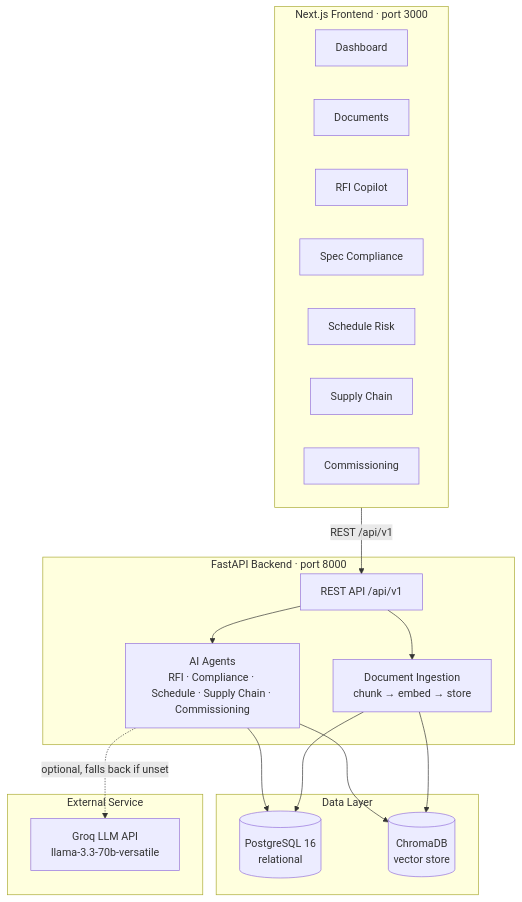
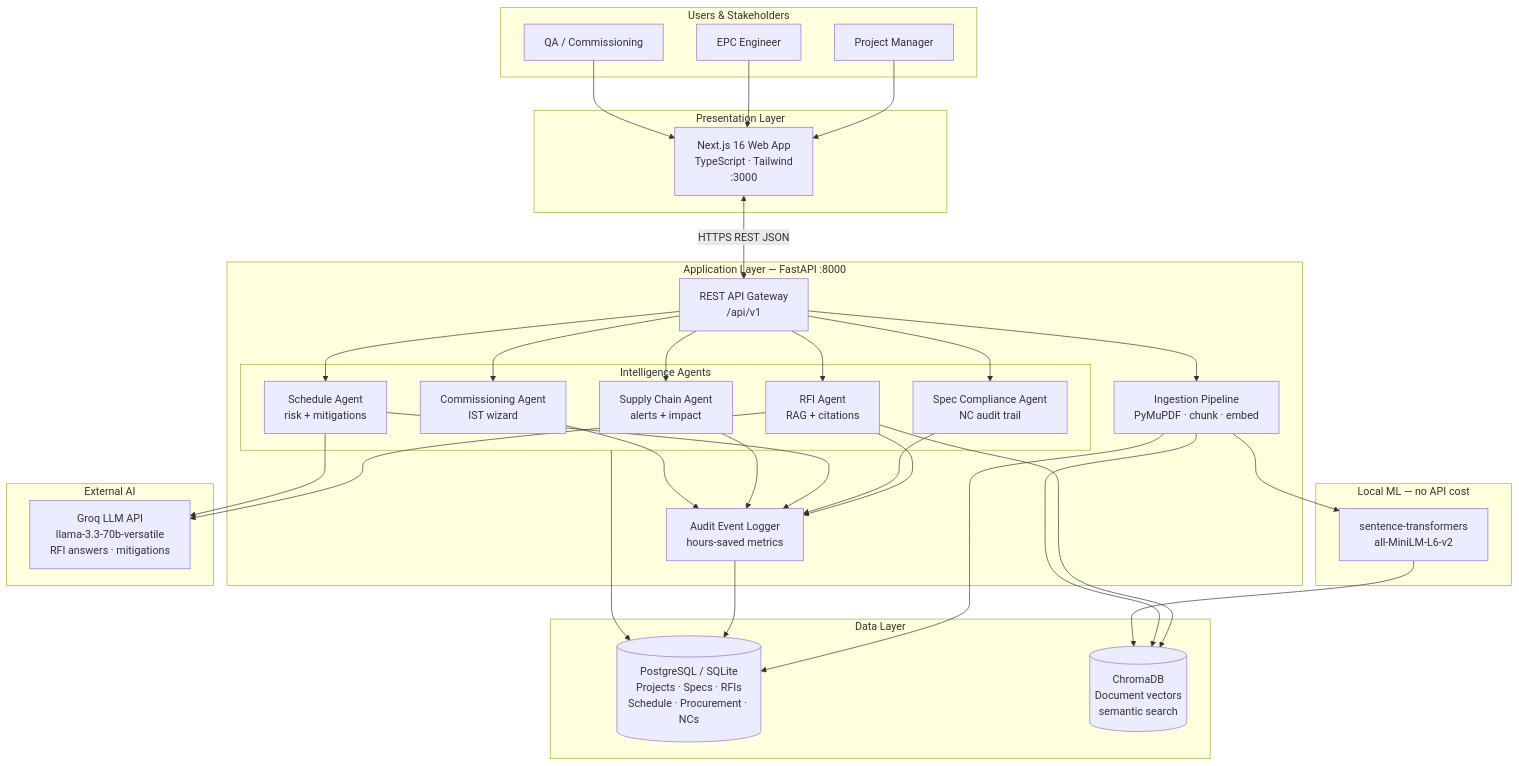
The diagram in README.md (Harsh63870/epc-intelligence-platform), drawn with Mermaid before and after one commit.

Commit message:
Revise architecture diagram in README
Updated architecture diagram in README to reflect new components and relationships.

````diff
--- a/README.md
+++ b/README.md
@@ -50,36 +49,51 @@
 ```mermaid
 flowchart TB
-    subgraph Frontend["Next.js Frontend · port 3000"]
-        Dashboard
-        Documents
-        RFI["RFI Copilot"]
-        Compliance["Spec Compliance"]
-        Schedule["Schedule Risk"]
-        Supply["Supply Chain"]
-        Comm["Commissioning"]
+    subgraph Users["Users & Stakeholders"]
+        PM["Project Manager"]
+        ENG["EPC Engineer"]
+        QA["QA / Commissioning"]
     end
 
-    subgraph Backend["FastAPI Backend · port 8000"]
-        API["REST API /api/v1"]
-        Agents["AI Agents\nRFI · Compliance · Schedule · Supply Chain · Commissioning"]
-        Ingestion["Document Ingestion\nchunk → embed → store"]
+    subgraph Client["Presentation Layer"]
+        WEB["Next.js 16 Web App<br/>TypeScript · Tailwind<br/>:3000"]
     end
 
-    subgraph Storage["Data Layer"]
-        PG[("PostgreSQL 16\nrelational")]
-        Chroma[("ChromaDB\nvector store")]
+    subgraph API["Application Layer — FastAPI :8000"]
+        GW["REST API Gateway<br/>/api/v1"]
+        subgraph Agents["Intelligence Agents"]
+            RFI["RFI Agent<br/>RAG + citations"]
+            SPEC["Spec Compliance Agent<br/>NC audit trail"]
+            SCH["Schedule Agent<br/>risk + mitigations"]
+            SUP["Supply Chain Agent<br/>alerts + impact"]
+            COM["Commissioning Agent<br/>IST wizard"]
+        end
+        ING["Ingestion Pipeline<br/>PyMuPDF · chunk · embed"]
+        AUD["Audit Event Logger<br/>hours-saved metrics"]
     end
 
-    subgraph External["External Service"]
-        Groq["Groq LLM API\nllama-3.3-70b-versatile"]
+    subgraph Data["Data Layer"]
+        PG[("PostgreSQL / SQLite<br/>Projects · Specs · RFIs<br/>Schedule · Procurement · NCs")]
+        VEC[("ChromaDB<br/>Document vectors<br/>semantic search")]
     end
 
-    Frontend -- "REST /api/v1" --> API
-    API --> Agents
-    API --> Ingestion
+    subgraph ML["Local ML — no API cost"]
+        EMB["sentence-transformers<br/>all-MiniLM-L6-v2"]
+    end
+
+    subgraph External["External AI"]
+        GROQ["Groq LLM API<br/>llama-3.3-70b-versatile<br/>RFI answers · mitigations"]
+    end
+
+    PM & ENG & QA --> WEB
+    WEB <-->|HTTPS REST JSON| GW
+    GW --> RFI & SPEC & SCH & SUP & COM & ING
+    RFI & SPEC & SCH & SUP & COM --> AUD
+    RFI & ING --> VEC
+    RFI & SCH --> GROQ
+    ING --> EMB
+    EMB --> VEC
     Agents --> PG
-    Agents --> Chroma
-    Agents -. "optional, falls back if unset" .-> Groq
-    Ingestion --> PG
-    Ingestion --> Chroma
+    ING --> PG
+    AUD --> PG
+
 ```
````
